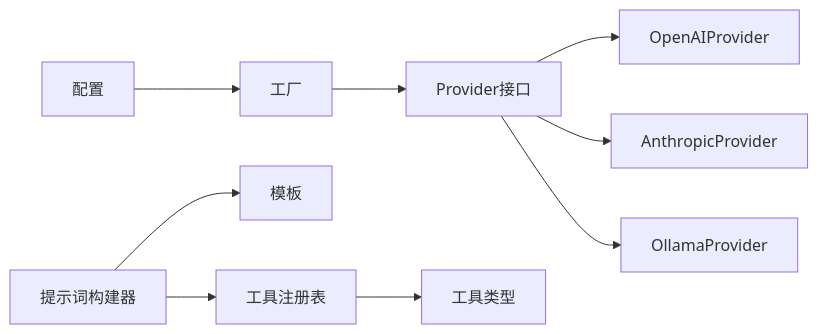
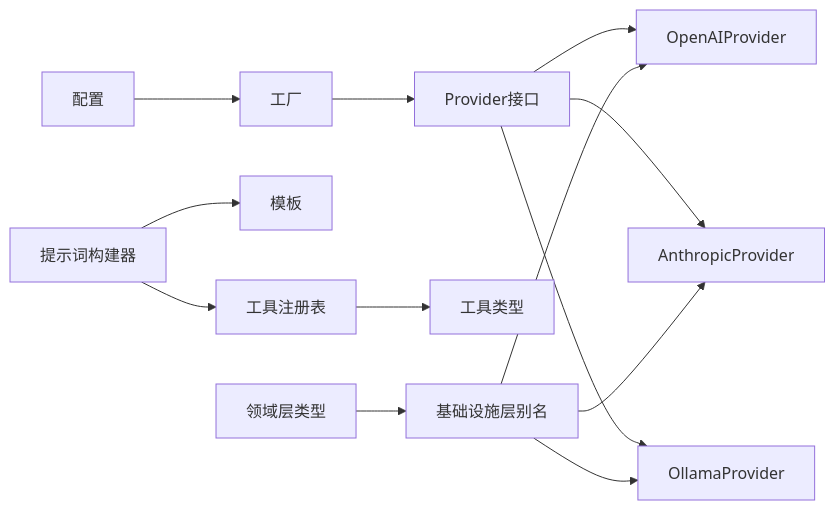
One commit to zwh8800/cdnd changed the ninth of 9 diagrams in .qoder/repowiki/zh/content/LLM集成系统/LLM集成系统.md. Above: the diagram before and after it, drawn with Mermaid. The commit also changed other lines of this file and 11 other files, not shown here.

````diff
--- a/.qoder/repowiki/zh/content/LLM集成系统/LLM集成系统.md
+++ b/.qoder/repowiki/zh/content/LLM集成系统/LLM集成系统.md
@@ -317,11 +379,15 @@
 ```mermaid
 graph LR
 CFG["配置"] --> FAC["工厂"]
 FAC --> PRV["Provider接口"]
 PRV --> OA["OpenAIProvider"]
 PRV --> AN["AnthropicProvider"]
 PRV --> OL["OllamaProvider"]
 PB["提示词构建器"] --> PT["模板"]
 PB --> TR["工具注册表"]
 TR --> TT["工具类型"]
+DL["领域层类型"] --> IL["基础设施层别名"]
+IL --> OA
+IL --> AN
+IL --> OL
 ```
````
